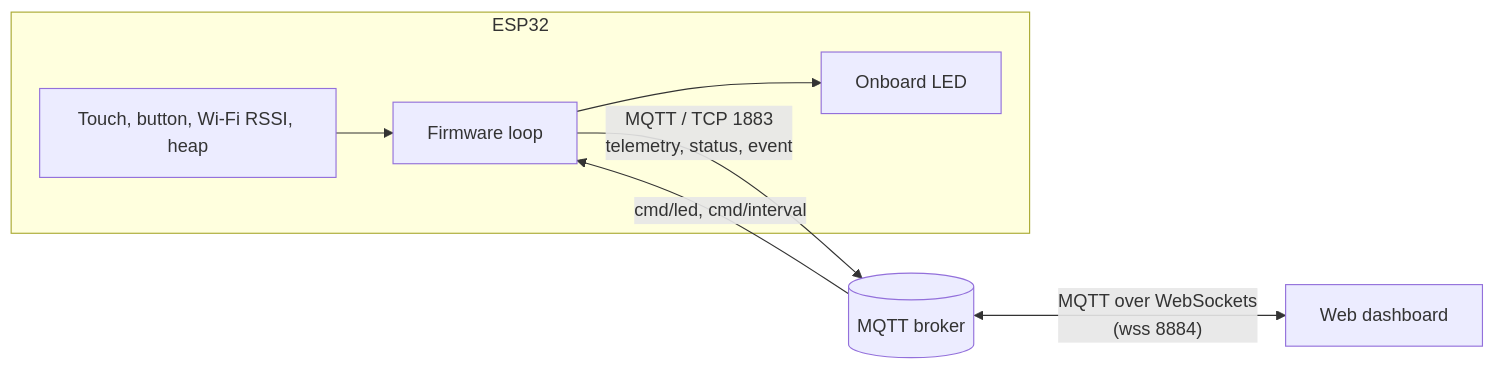
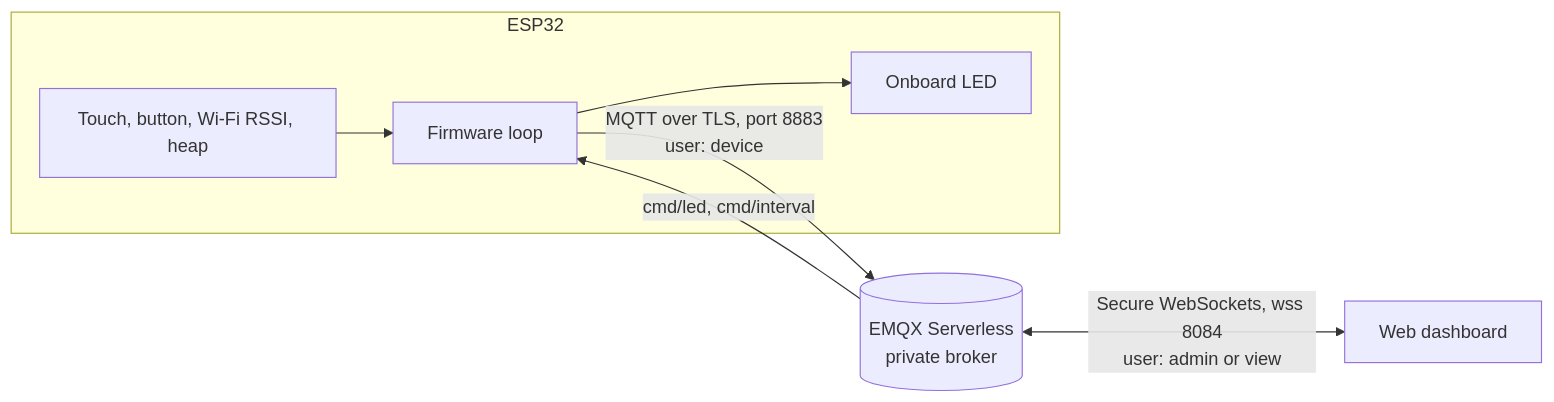
Before and after one commit to Alejoxd1239/MQTT_personal: the diagram in esp32-mqtt-telemetry/README.md, drawn with Mermaid. The commit also changed other lines of this file and 4 other files, not shown here.

````diff
--- a/esp32-mqtt-telemetry/README.md
+++ b/esp32-mqtt-telemetry/README.md
@@ -17,10 +42,10 @@
 ```mermaid
 flowchart LR
     subgraph ESP32
         S[Touch, button, Wi-Fi RSSI, heap] --> F[Firmware loop]
         F --> L[Onboard LED]
     end
-    F -- "MQTT / TCP 1883<br/>telemetry, status, event" --> B[(MQTT broker)]
+    F -- "MQTT over TLS, port 8883<br/>user: device" --> B[(EMQX Serverless<br/>private broker)]    
     B -- "cmd/led, cmd/interval" --> F
-    B <-- "MQTT over WebSockets<br/>(wss 8884)" --> D[Web dashboard]
+    B <-- "Secure WebSockets, wss 8084<br/>user: admin or view" --> D[Web dashboard]
 ```
````
